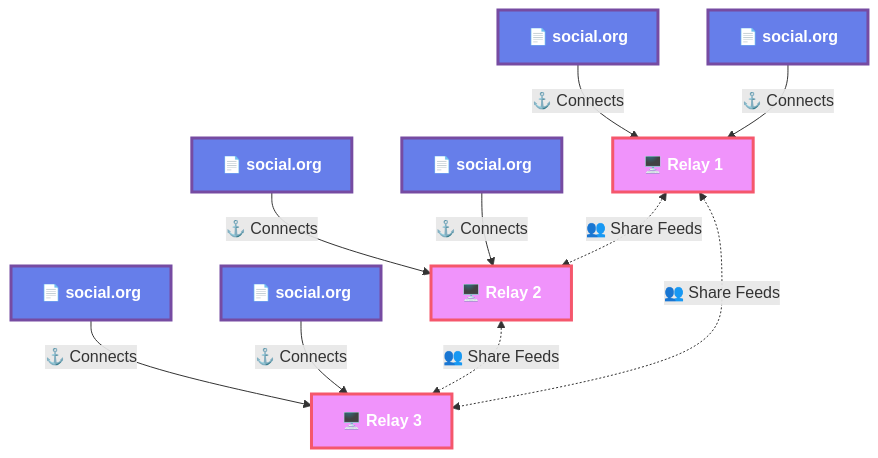
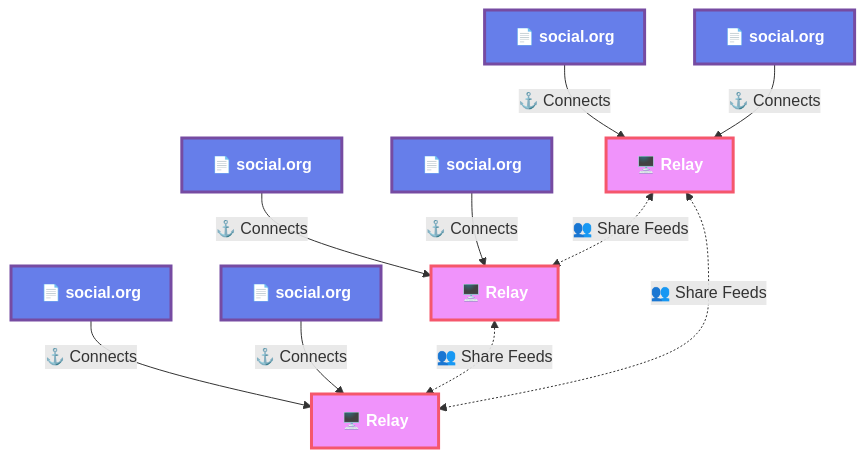
The diagram in README.md (tanrax/org-social-relay), drawn with Mermaid before and after one commit. The commit also changed other lines of this file, not shown here.

````diff
--- a/README.md
+++ b/README.md
@@ -7,35 +7,35 @@
 ```mermaid
 graph TD
-    Node1["🖥️ Relay 1"]
-    Node2["🖥️ Relay 2"]
-    Node3["🖥️ Relay 3"]
+    Node1["🖥️ Relay"]
+    Node2["🖥️ Relay"]
+    Node3["🖥️ Relay"]
 
     %% Social.org instances with icons
     Social1_1["📄 social.org"]
     Social1_2["📄 social.org"]
     Social2_1["📄 social.org"]
     Social2_2["📄 social.org"]
     Social3_1["📄 social.org"]
     Social3_2["📄 social.org"]
 
     %% Node to social.org connections
     Social1_1 -->|"⚓ Connects"| Node1
     Social1_2 -->|"⚓ Connects"| Node1
     Social2_1 -->|"⚓ Connects"| Node2
     Social2_2 -->|"⚓ Connects"| Node2
     Social3_1 -->|"⚓ Connects"| Node3
     Social3_2 -->|"⚓ Connects"| Node3
 
     %% Bidirectional connections between nodes
     Node1 <-.->|"👥 Share Feeds"| Node2
     Node2 <-.->|"👥 Share Feeds"| Node3
     Node1 <-.->|"👥 Share Feeds"| Node3
 
     %% Modern color scheme with gradients
     classDef socialStyle fill:#667eea,stroke:#764ba2,stroke-width:3px,color:#fff,font-weight:bold
     classDef nodeStyle fill:#f093fb,stroke:#f5576c,stroke-width:3px,color:#fff,font-weight:bold
 
     %% Apply styles
     class Social1_1,Social1_2,Social2_1,Social2_2,Social3_1,Social3_2 socialStyle
     class Node1,Node2,Node3 nodeStyle
 ```
````
